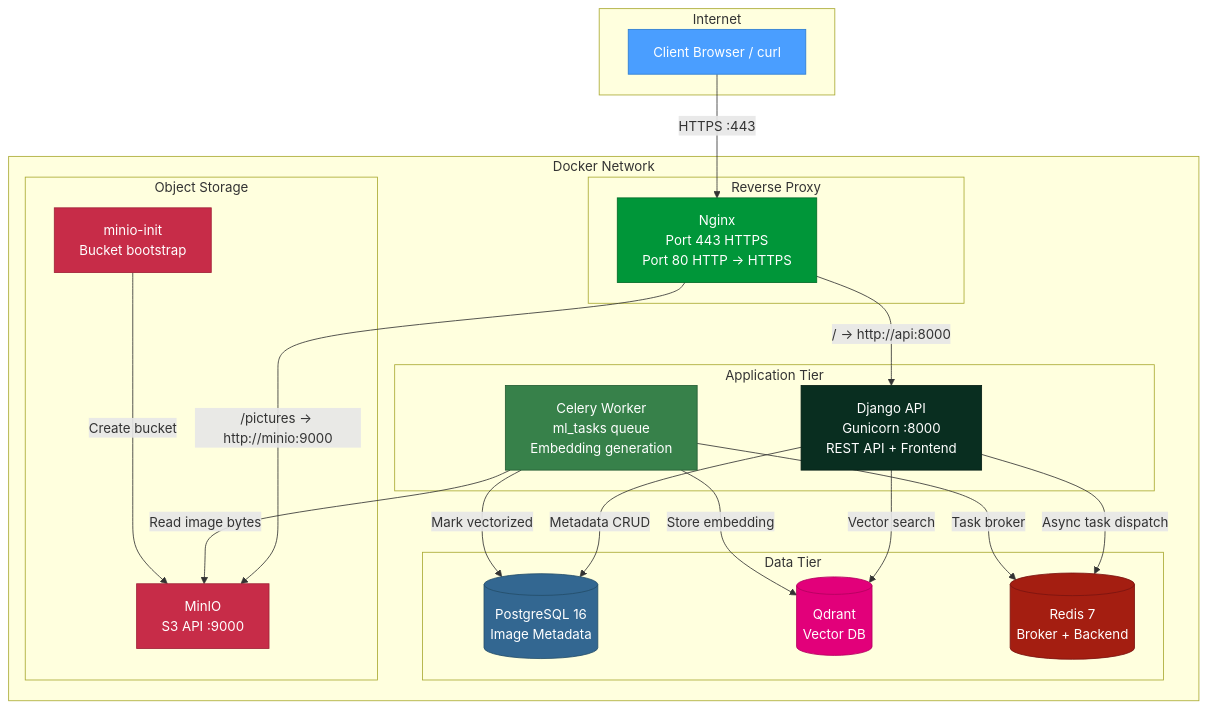
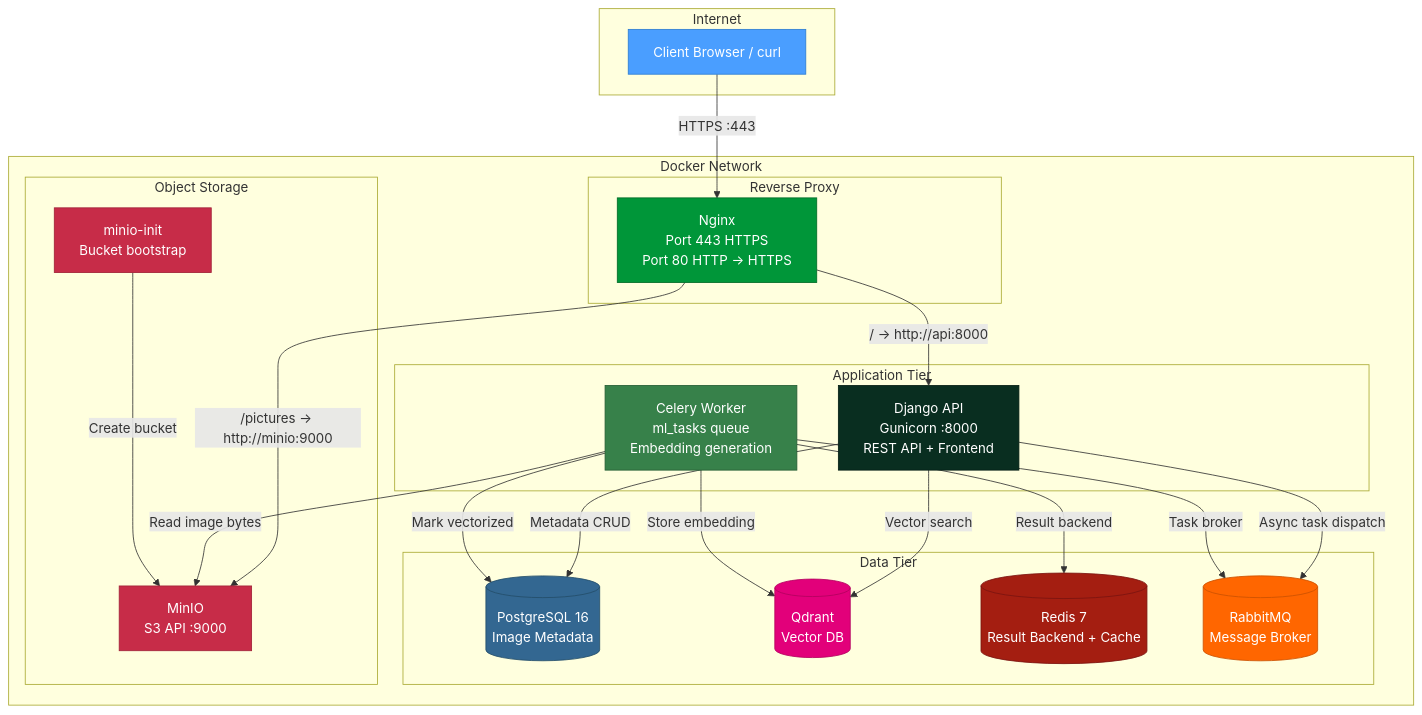
Before and after one commit to ec2003/image-search-and-store: the first of 3 diagrams in ARCHITECTURE.md, drawn with Mermaid. The commit also changed other lines of this file and 6 other files, not shown here.

Commit message:
feat: apply redis cache for django and rabbitmq for message broker

````diff
--- a/ARCHITECTURE.md
+++ b/ARCHITECTURE.md
@@ -24,59 +25,62 @@
 ```mermaid
 graph TB
     subgraph "Internet"
         USER["Client Browser / curl"]
     end
 
     subgraph "Docker Network"
         subgraph "Reverse Proxy"
             NGINX["Nginx<br/>Port 443 HTTPS<br/>Port 80 HTTP → HTTPS"]
         end
 
         subgraph "Application Tier"
             DJANGO["Django API<br/>Gunicorn :8000<br/>REST API + Frontend"]
             CELERY["Celery Worker<br/>ml_tasks queue<br/>Embedding generation"]
         end
 
         subgraph "Data Tier"
             PG[("PostgreSQL 16<br/>Image Metadata")]
             QDRANT[("Qdrant<br/>Vector DB")]
-            REDIS[("Redis 7<br/>Broker + Backend")]
+            REDIS[("Redis 7<br/>Result Backend + Cache")]
+            RABBITMQ[("RabbitMQ<br/>Message Broker")]
         end
 
         subgraph "Object Storage"
             MINIO["MinIO<br/>S3 API :9000"]
             MINIO_INIT["minio-init<br/>Bucket bootstrap"]
         end
 
         %% External connections
         USER -->|"HTTPS :443"| NGINX
 
         %% Nginx → Backend
         NGINX -->|"/ → http://api:8000"| DJANGO
         NGINX -->|"/pictures → http://minio:9000"| MINIO
 
         %% Django → Data
         DJANGO -->|"Metadata CRUD"| PG
         DJANGO -->|"Vector search"| QDRANT
-        DJANGO -->|"Async task dispatch"| REDIS
+        DJANGO -->|"Async task dispatch"| RABBITMQ
 
         %% Celery → Data
         CELERY -->|"Read image bytes"| MINIO
         CELERY -->|"Store embedding"| QDRANT
         CELERY -->|"Mark vectorized"| PG
-        CELERY -->|"Task broker"| REDIS
+        CELERY -->|"Task broker"| RABBITMQ
+        CELERY -->|"Result backend"| REDIS
 
         %% MinIO init
         MINIO_INIT --->|"Create bucket"| MINIO
     end
 
     style USER fill:#4a9eff,stroke:#2d7dd2,color:#fff
     style NGINX fill:#009639,stroke:#006b27,color:#fff
     style DJANGO fill:#092e20,stroke:#061f15,color:#fff
     style CELERY fill:#37814a,stroke:#255d34,color:#fff
     style PG fill:#336791,stroke:#244e6a,color:#fff
     style QDRANT fill:#e2007a,stroke:#b3005f,color:#fff
     style REDIS fill:#a41e11,stroke:#7a1410,color:#fff
+    style RABBITMQ fill:#ff6600,stroke:#cc5200,color:#fff
     style MINIO fill:#c72c48,stroke:#a12238,color:#fff
     style MINIO_INIT fill:#c72c48,stroke:#a12238,color:#fff
 ```
````
